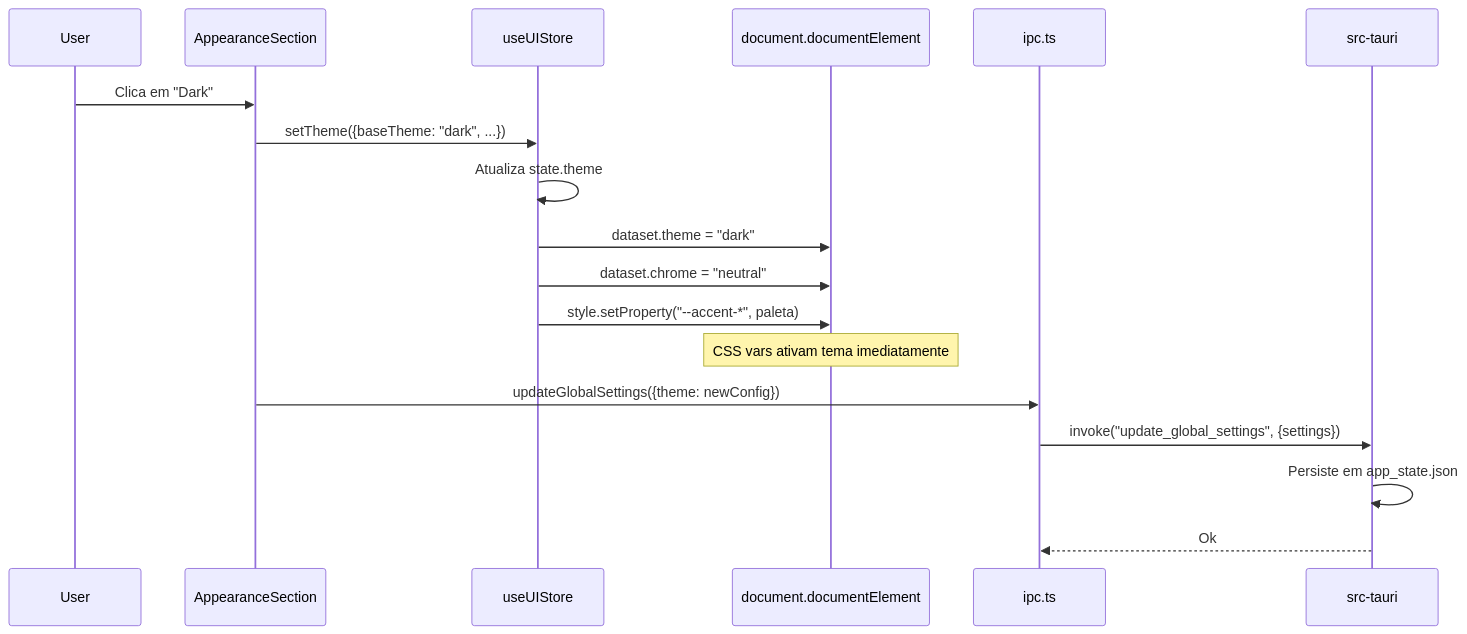
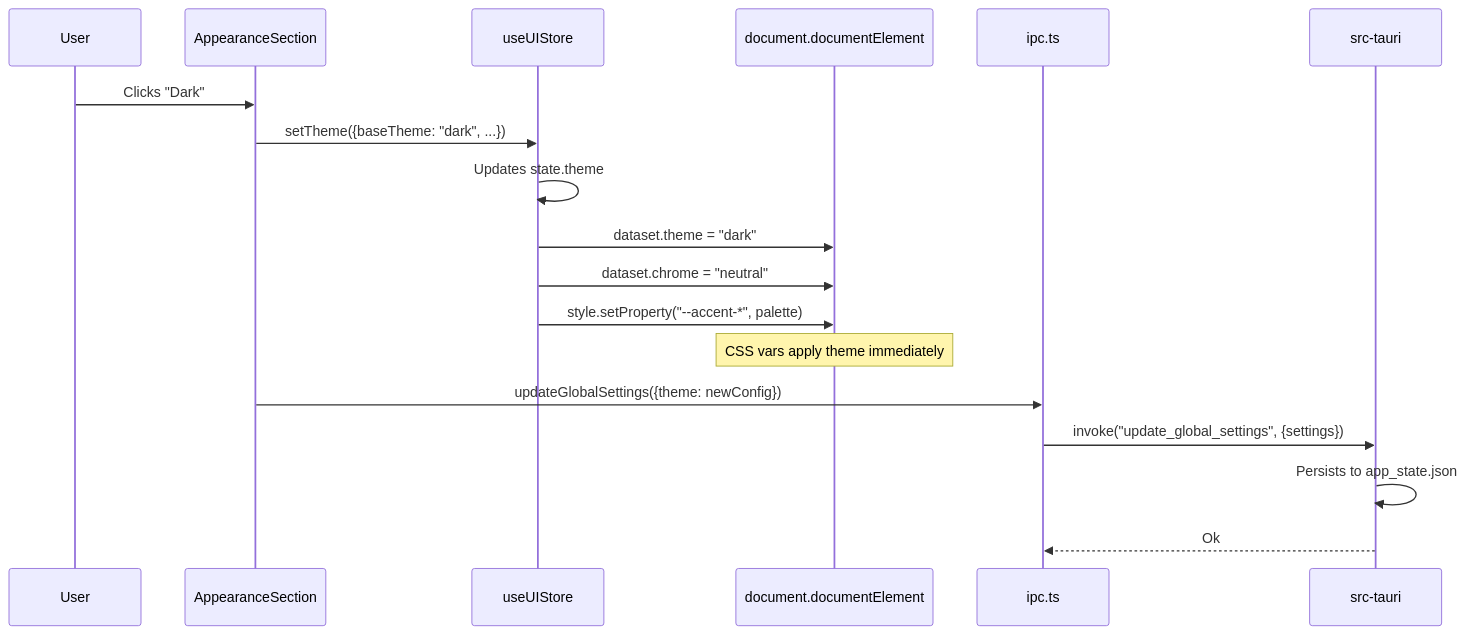
Diagram 14 of 15 in docs/ARCHITECTURE.md (l3co/open-note), drawn with Mermaid before and after one commit. The commit also changed other lines of this file and 10 other files, not shown here.

First line of the commit message:
docs: translate ARCHITECTURE, USER_GUIDE, and all 9 ADRs to English

````diff
--- a/docs/ARCHITECTURE.md
+++ b/docs/ARCHITECTURE.md
@@ -646,24 +646,24 @@
 ```mermaid
 sequenceDiagram
     participant User
     participant Settings as AppearanceSection
     participant Store as useUIStore
     participant DOM as document.documentElement
     participant IPC as ipc.ts
     participant Rust as src-tauri
 
-    User->>Settings: Clica em "Dark"
+    User->>Settings: Clicks "Dark"
     Settings->>Store: setTheme({baseTheme: "dark", ...})
 
-    Store->>Store: Atualiza state.theme
+    Store->>Store: Updates state.theme
     Store->>DOM: dataset.theme = "dark"
     Store->>DOM: dataset.chrome = "neutral"
-    Store->>DOM: style.setProperty("--accent-*", paleta)
+    Store->>DOM: style.setProperty("--accent-*", palette)
 
-    Note over DOM: CSS vars ativam tema imediatamente
+    Note over DOM: CSS vars apply theme immediately
 
     Settings->>IPC: updateGlobalSettings({theme: newConfig})
     IPC->>Rust: invoke("update_global_settings", {settings})
-    Rust->>Rust: Persiste em app_state.json
+    Rust->>Rust: Persists to app_state.json
     Rust-->>IPC: Ok
 ```
````
